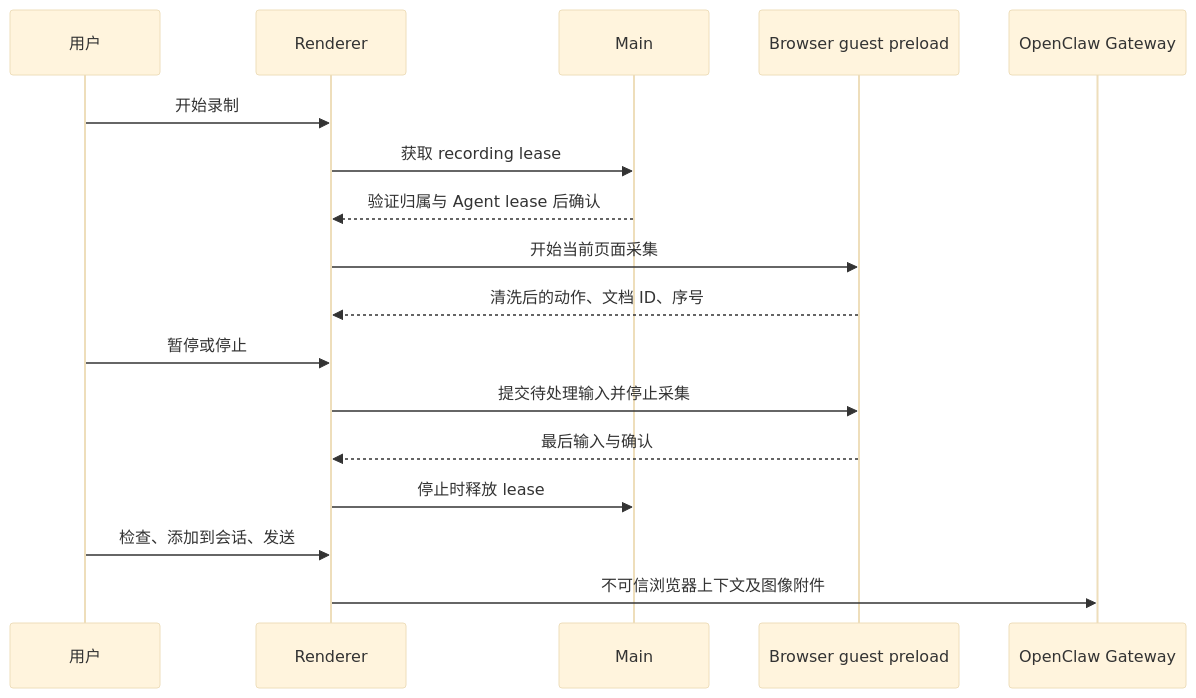
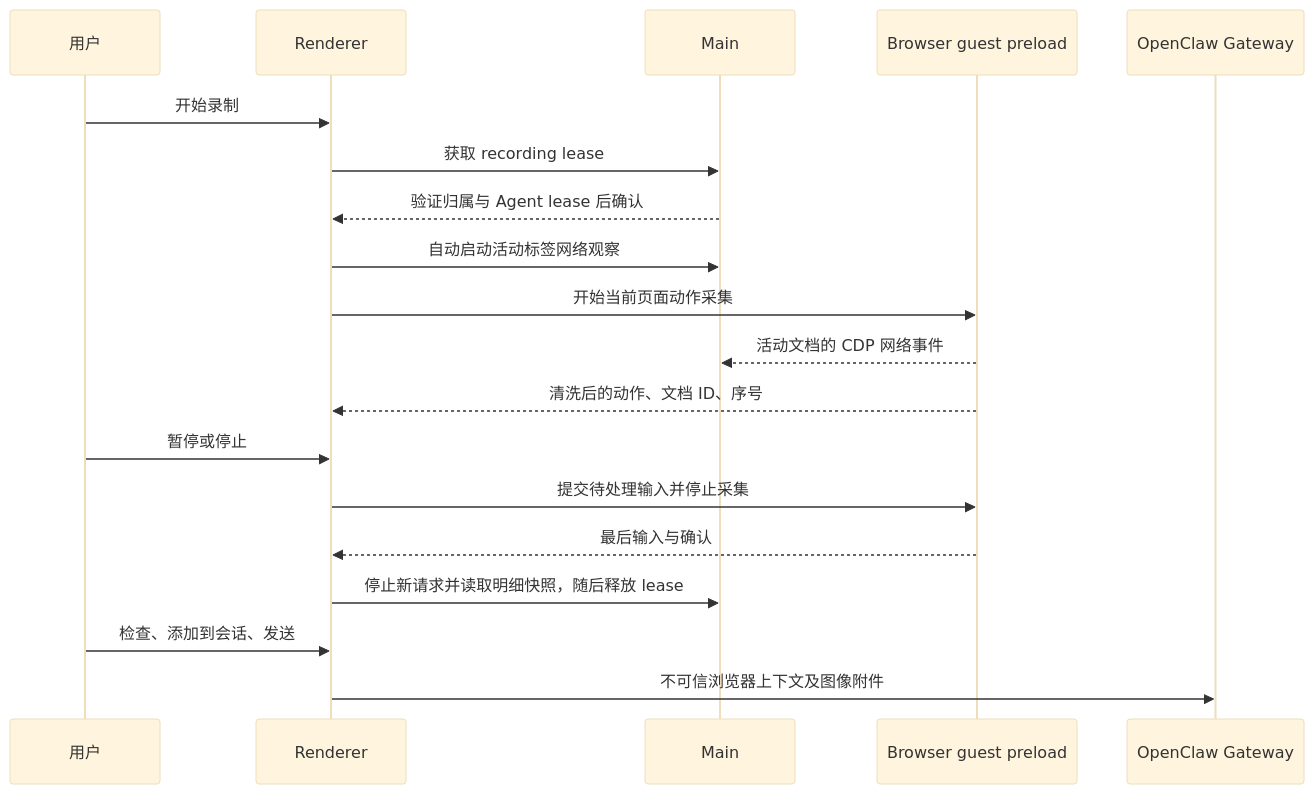
One commit to liangxhao/JustDo changed the diagram in docs/features/browser/browser-operation-recording.md. Above: the diagram before and after it, drawn with Mermaid (base theme). The commit also changed other lines of this file and 40 other files, not shown here.

````diff
--- a/docs/features/browser/browser-operation-recording.md
+++ b/docs/features/browser/browser-operation-recording.md
@@ -29,19 +29,21 @@
 ```mermaid
 sequenceDiagram
   participant U as 用户
   participant R as Renderer
   participant M as Main
   participant G as Browser guest preload
   participant O as OpenClaw Gateway
   U->>R: 开始录制
   R->>M: 获取 recording lease
   M-->>R: 验证归属与 Agent lease 后确认
-  R->>G: 开始当前页面采集
+  R->>M: 自动启动活动标签网络观察
+  R->>G: 开始当前页面动作采集
+  G-->>M: 活动文档的 CDP 网络事件
   G-->>R: 清洗后的动作、文档 ID、序号
   U->>R: 暂停或停止
   R->>G: 提交待处理输入并停止采集
   G-->>R: 最后输入与确认
-  R->>M: 停止时释放 lease
+  R->>M: 停止新请求并读取明细快照，随后释放 lease
   U->>R: 检查、添加到会话、发送
   R->>O: 不可信浏览器上下文及图像附件
 ```
````
